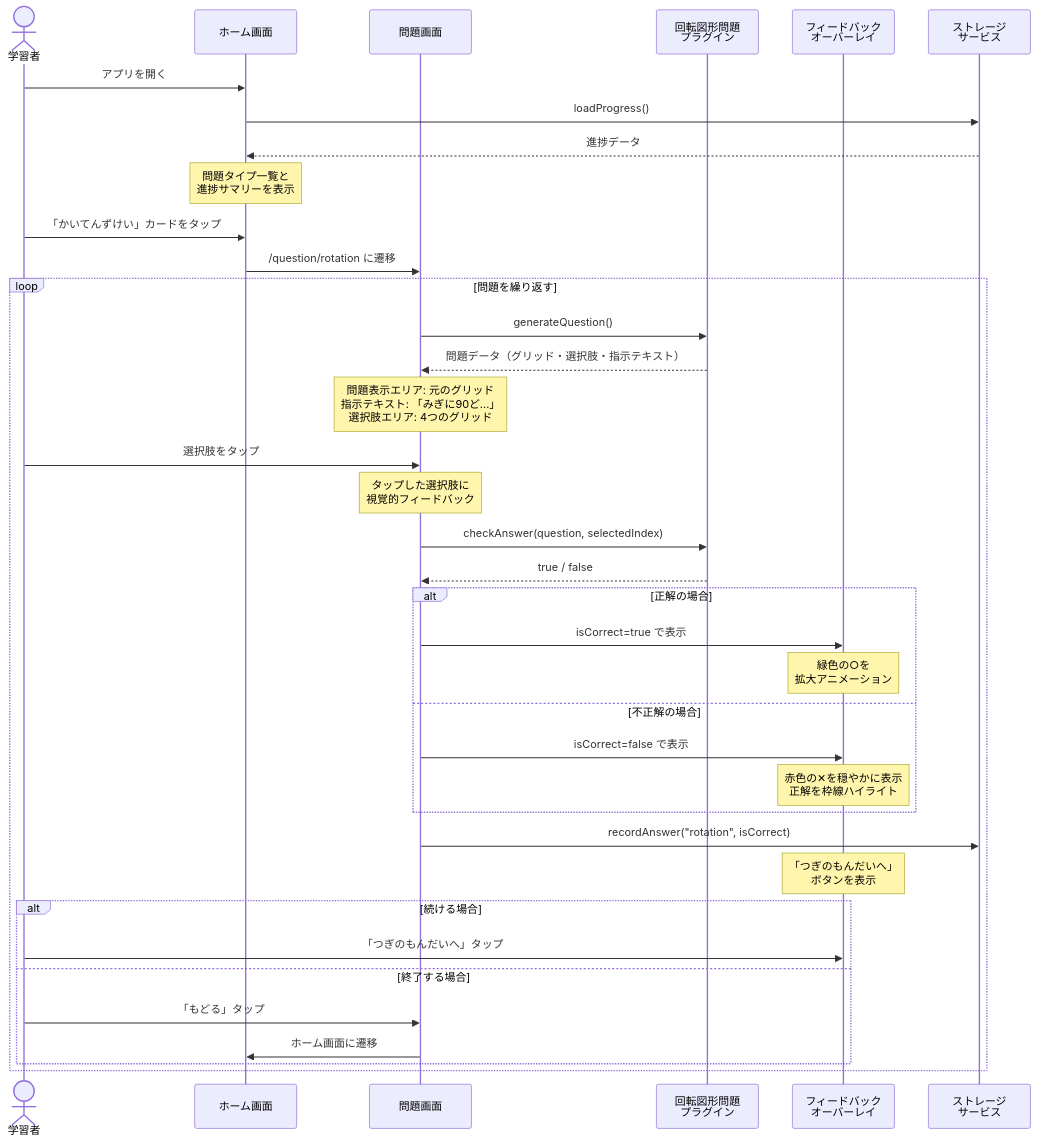
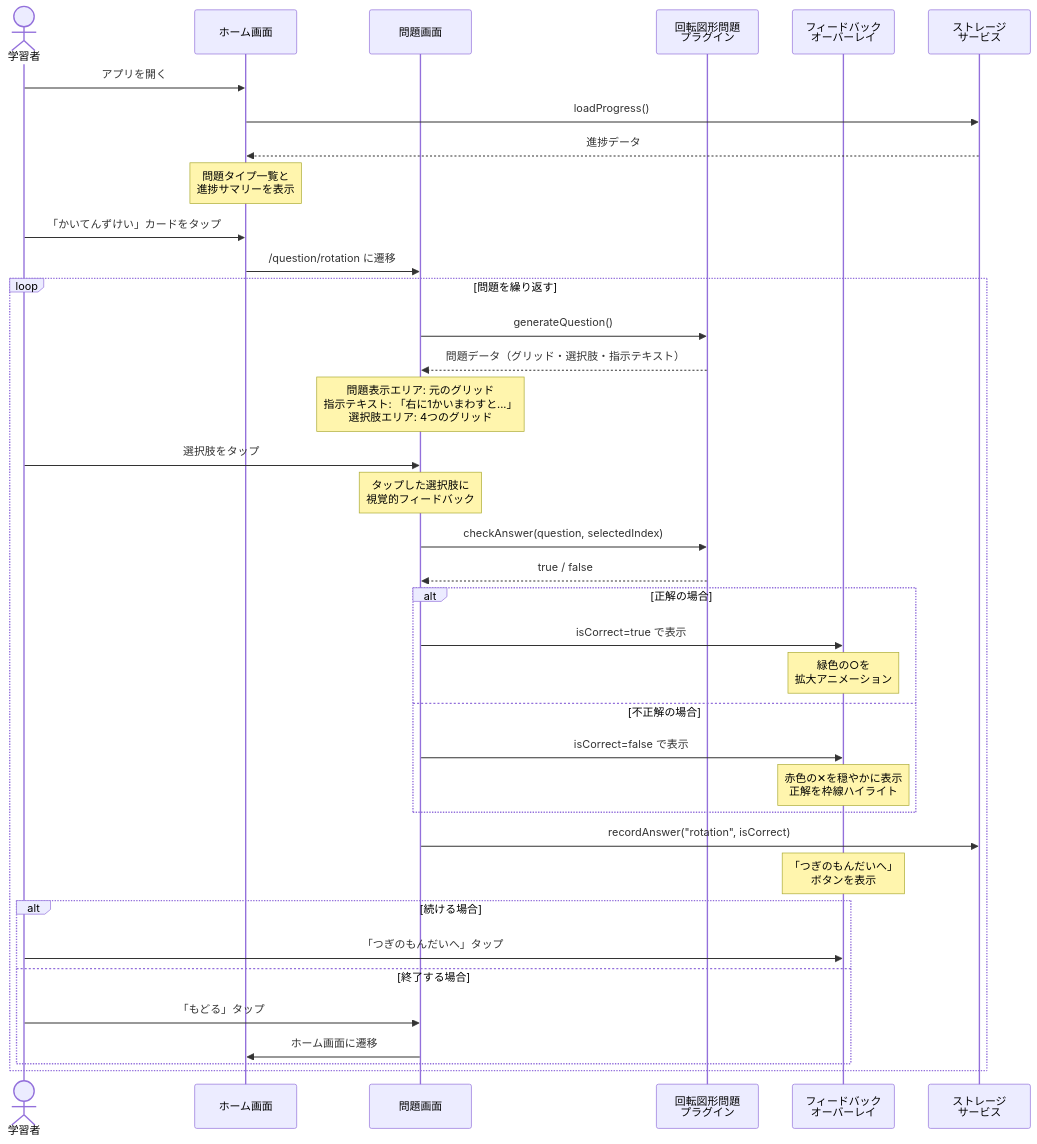
Before and after one commit to motani-info/minatore: the fourth of 8 diagrams in .kiro/specs/elementary-exam-app/design.md, drawn with Mermaid. The commit also changed other lines of this file and 89 other files, not shown here.

````diff
--- a/.kiro/specs/elementary-exam-app/design.md
+++ b/.kiro/specs/elementary-exam-app/design.md
@@ -122,46 +153,46 @@
 ```mermaid
 sequenceDiagram
     actor 学習者
     participant Home as ホーム画面
     participant QScreen as 問題画面
     participant Plugin as 回転図形問題<br/>プラグイン
     participant Feedback as フィードバック<br/>オーバーレイ
     participant Storage as ストレージ<br/>サービス
 
     学習者->>Home: アプリを開く
     Home->>Storage: loadProgress()
     Storage-->>Home: 進捗データ
     Note over Home: 問題タイプ一覧と<br/>進捗サマリーを表示
 
     学習者->>Home: 「かいてんずけい」カードをタップ
     Home->>QScreen: /question/rotation に遷移
 
     loop 問題を繰り返す
         QScreen->>Plugin: generateQuestion()
         Plugin-->>QScreen: 問題データ（グリッド・選択肢・指示テキスト）
-        Note over QScreen: 問題表示エリア: 元のグリッド<br/>指示テキスト: 「みぎに90ど...」<br/>選択肢エリア: 4つのグリッド
+        Note over QScreen: 問題表示エリア: 元のグリッド<br/>指示テキスト: 「右に1かいまわすと...」<br/>選択肢エリア: 4つのグリッド
 
         学習者->>QScreen: 選択肢をタップ
         Note over QScreen: タップした選択肢に<br/>視覚的フィードバック
         QScreen->>Plugin: checkAnswer(question, selectedIndex)
         Plugin-->>QScreen: true / false
 
         alt 正解の場合
             QScreen->>Feedback: isCorrect=true で表示
             Note over Feedback: 緑色の○を<br/>拡大アニメーション
         else 不正解の場合
             QScreen->>Feedback: isCorrect=false で表示
             Note over Feedback: 赤色の✕を穏やかに表示<br/>正解を枠線ハイライト
         end
 
         QScreen->>Storage: recordAnswer("rotation", isCorrect)
         Note over Feedback: 「つぎのもんだいへ」<br/>ボタンを表示
 
         alt 続ける場合
             学習者->>Feedback: 「つぎのもんだいへ」タップ
         else 終了する場合
             学習者->>QScreen: 「もどる」タップ
             QScreen->>Home: ホーム画面に遷移
         end
     end
 ```
````
